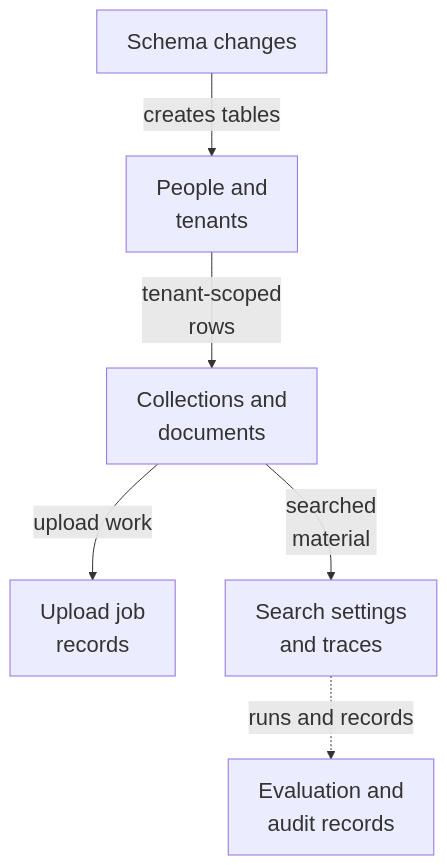
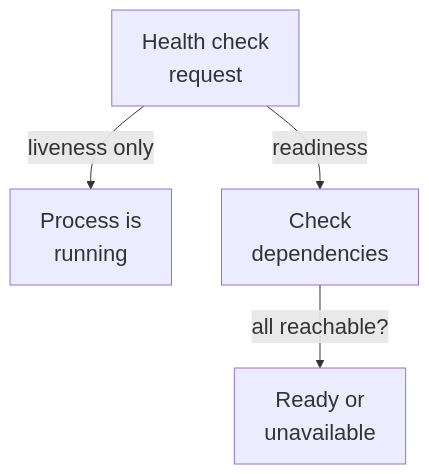
The fifth of 6 diagrams in maps/foundation/README.md (Justin-Mendoza/Afterclass), drawn with Mermaid before and after one commit. The commit also changed other lines of this file and 85 other files, not shown here.

````diff
--- a/maps/foundation/README.md
+++ b/maps/foundation/README.md
@@ -128,15 +160,11 @@
 ```mermaid
 %%{init: {"themeVariables": {"fontSize": "22px"}}}%%
 flowchart TD
-  n0["Schema changes"]
-  n1["People and<br/>tenants"]
-  n2["Collections and<br/>documents"]
-  n3["Upload job<br/>records"]
-  n4["Search settings<br/>and traces"]
-  n5["Evaluation and<br/>audit records"]
-  n0 -->|"creates tables"| n1
-  n1 -->|"tenant-scoped<br/>rows"| n2
-  n2 -->|"upload work"| n3
-  n2 -->|"searched<br/>material"| n4
-  n4 -.->|"runs and records"| n5
+  n0["Health check<br/>request"]
+  n1["Process is<br/>running"]
+  n2["Check<br/>dependencies"]
+  n3["Ready or<br/>unavailable"]
+  n0 -->|"liveness only"| n1
+  n0 -->|"readiness"| n2
+  n2 -->|"all reachable?"| n3
 ```
````
